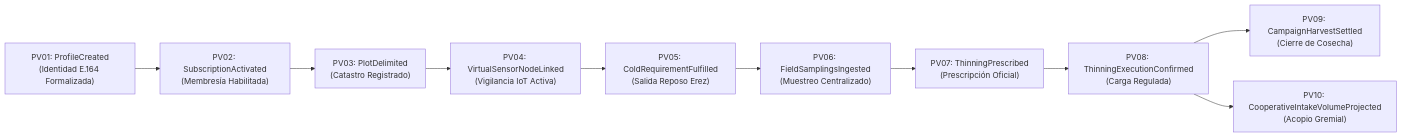
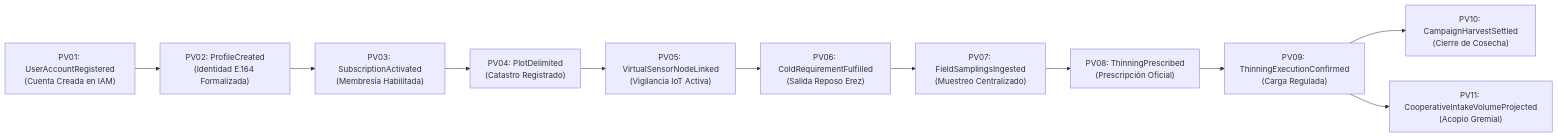
Before and after one commit to upc-pre-1acc0238-2620-4951-arcadiadevs/viora-report: the diagram in docs/event-storming/Paso4_pivotal_events.md, drawn with Mermaid. The commit also changed other lines of this file and 1 other file, not shown here.

````diff
--- a/docs/event-storming/Paso4_pivotal_events.md
+++ b/docs/event-storming/Paso4_pivotal_events.md
@@ -25,15 +25,16 @@
 ```mermaid
 graph LR
-    PV01["PV01: ProfileCreated<br/>(Identidad E.164 Formalizada)"] --> PV02["PV02: SubscriptionActivated<br/>(Membresía Habilitada)"]
-    PV02 --> PV03["PV03: PlotDelimited<br/>(Catastro Registrado)"]
-    PV03 --> PV04["PV04: VirtualSensorNodeLinked<br/>(Vigilancia IoT Activa)"]
+    PV01["PV01: UserAccountRegistered<br/>(Cuenta Creada en IAM)"] --> PV02["PV02: ProfileCreated<br/>(Identidad E.164 Formalizada)"]
+    PV02 --> PV03["PV03: SubscriptionActivated<br/>(Membresía Habilitada)"]
+    PV03 --> PV04["PV04: PlotDelimited<br/>(Catastro Registrado)"]
+    PV04 --> PV05["PV05: VirtualSensorNodeLinked<br/>(Vigilancia IoT Activa)"]
     
-    PV04 --> PV05["PV05: ColdRequirementFulfilled<br/>(Salida Reposo Erez)"]
-    PV05 --> PV06["PV06: FieldSamplingsIngested<br/>(Muestreo Centralizado)"]
+    PV05 --> PV06["PV06: ColdRequirementFulfilled<br/>(Salida Reposo Erez)"]
+    PV06 --> PV07["PV07: FieldSamplingsIngested<br/>(Muestreo Centralizado)"]
     
-    PV06 --> PV07["PV07: ThinningPrescribed<br/>(Prescripción Oficial)"]
-    PV07 --> PV08["PV08: ThinningExecutionConfirmed<br/>(Carga Regulada)"]
+    PV07 --> PV08["PV08: ThinningPrescribed<br/>(Prescripción Oficial)"]
+    PV08 --> PV09["PV09: ThinningExecutionConfirmed<br/>(Carga Regulada)"]
     
-    PV08 --> PV09["PV09: CampaignHarvestSettled<br/>(Cierre de Cosecha)"]
-    PV08 --> PV10["PV10: CooperativeIntakeVolumeProjected<br/>(Acopio Gremial)"]
+    PV09 --> PV10["PV10: CampaignHarvestSettled<br/>(Cierre de Cosecha)"]
+    PV09 --> PV11["PV11: CooperativeIntakeVolumeProjected<br/>(Acopio Gremial)"]
 ```
````
